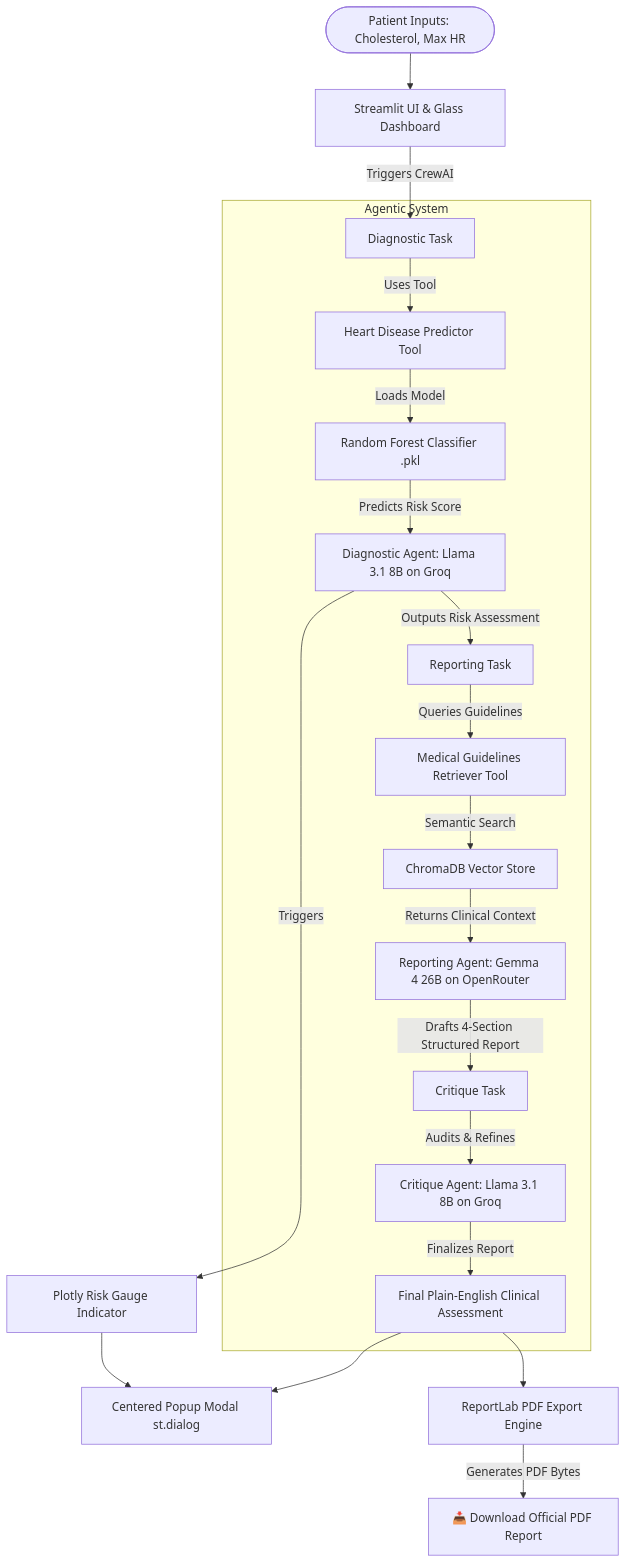
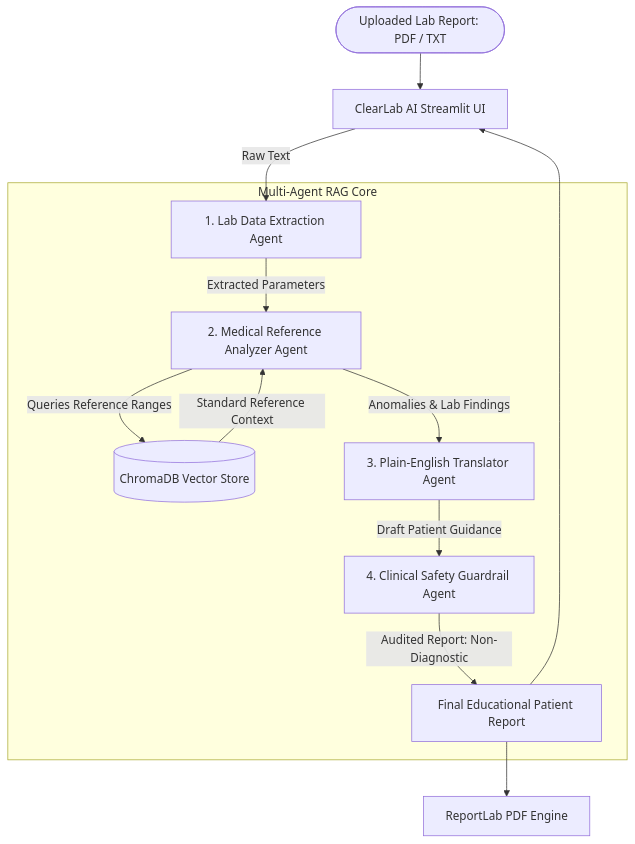
Before and after one commit to AnjanaMadhushanaj/Heart_Agent_App: the diagram in README.md, drawn with Mermaid. The commit also changed other lines of this file, not shown here.

Commit message:
docs: overhaul README for ClearLab AI General Lab Report Interpreter & Educator

````diff
--- a/README.md
+++ b/README.md
@@ -23,28 +20,17 @@
 ```mermaid
 graph TD
-    User([Patient Inputs: Cholesterol, Max HR]) --> Streamlit[Streamlit UI & Glass Dashboard]
-    Streamlit -->|Triggers CrewAI| DiagnosticTask[Diagnostic Task]
+    User([Uploaded Lab Report: PDF / TXT]) --> UI[ClearLab AI Streamlit UI]
+    UI -->|Raw Text| Agent1[1. Lab Data Extraction Agent]
     
-    subgraph Agentic System
-        DiagnosticTask -->|Uses Tool| PredictorTool[Heart Disease Predictor Tool]
-        PredictorTool -->|Loads Model| MLModel[Random Forest Classifier .pkl]
-        MLModel -->|Predicts Risk Score| DiagnosticAgent[Diagnostic Agent: Llama 3.1 8B on Groq]
-        
-        DiagnosticAgent -->|Outputs Risk Assessment| ReportingTask[Reporting Task]
-        
-        ReportingTask -->|Queries Guidelines| RAGTool[Medical Guidelines Retriever Tool]
-        RAGTool -->|Semantic Search| ChromaDB[ChromaDB Vector Store]
-        ChromaDB -->|Returns Clinical Context| ReportingAgent[Reporting Agent: Gemma 4 26B on OpenRouter]
-        
-        ReportingAgent -->|Drafts 4-Section Structured Report| CritiqueTask[Critique Task]
-        
-        CritiqueTask -->|Audits & Refines| CritiqueAgent[Critique Agent: Llama 3.1 8B on Groq]
-        CritiqueAgent -->|Finalizes Report| FinalReport[Final Plain-English Clinical Assessment]
+    subgraph Multi-Agent RAG Core
+        Agent1 -->|Extracted Parameters| Agent2[2. Medical Reference Analyzer Agent]
+        Agent2 -->|Queries Reference Ranges| RAG[(ChromaDB Vector Store)]
+        RAG -->|Standard Reference Context| Agent2
+        Agent2 -->|Anomalies & Lab Findings| Agent3[3. Plain-English Translator Agent]
+        Agent3 -->|Draft Patient Guidance| Agent4[4. Clinical Safety Guardrail Agent]
+        Agent4 -->|Audited Report: Non-Diagnostic| FinalReport[Final Educational Patient Report]
     end
     
-    FinalReport --> Modal[Centered Popup Modal st.dialog]
-    DiagnosticAgent -->|Triggers| GaugeChart[Plotly Risk Gauge Indicator]
-    GaugeChart --> Modal
-    FinalReport --> PDFEngine[ReportLab PDF Export Engine]
-    PDFEngine -->|Generates PDF Bytes| PDFDownload[📥 Download Official PDF Report]
+    FinalReport --> UI
+    FinalReport --> PDF[ReportLab PDF Engine]
 ```
````
